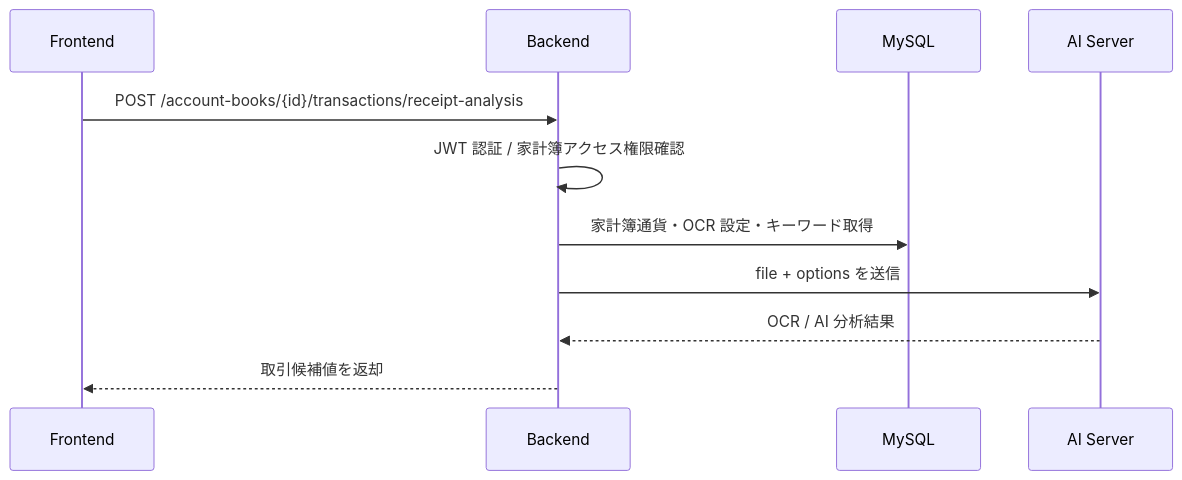
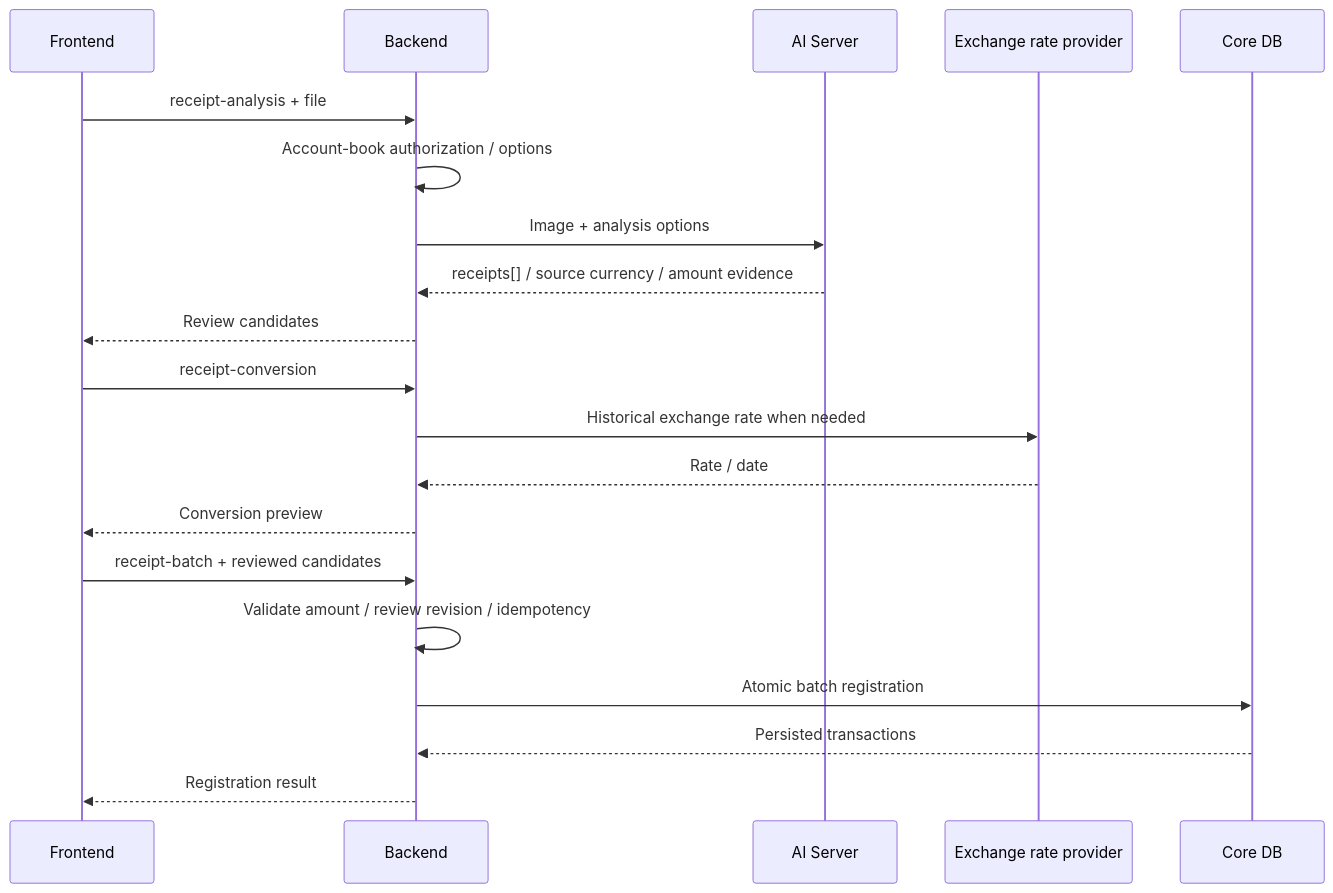
The fifth of 5 diagrams in README.md (krumichan/CatPjt-TranslaCat-be), drawn with Mermaid before and after one commit. The commit also changed other lines of this file, not shown here.

````diff
--- a/README.md
+++ b/README.md
@@ -175,14 +197,22 @@
 ```mermaid
 sequenceDiagram
     participant FE as Frontend
     participant BE as Backend
-    participant DB as MySQL
     participant AI as AI Server
-
-    FE->>BE: POST /account-books/{id}/transactions/receipt-analysis
-    BE->>BE: JWT 認証 / 家計簿アクセス権限確認
-    BE->>DB: 家計簿通貨・OCR 設定・キーワード取得
-    BE->>AI: file + options を送信
-    AI-->>BE: OCR / AI 分析結果
-    BE-->>FE: 取引候補値を返却
+    participant FX as Exchange rate provider
+    participant DB as Core DB
+    FE->>BE: receipt-analysis + file
+    BE->>BE: Account-book authorization / options
+    BE->>AI: Image + analysis options
+    AI-->>BE: receipts[] / source currency / amount evidence
+    BE-->>FE: Review candidates
+    FE->>BE: receipt-conversion
+    BE->>FX: Historical exchange rate when needed
+    FX-->>BE: Rate / date
+    BE-->>FE: Conversion preview
+    FE->>BE: receipt-batch + reviewed candidates
+    BE->>BE: Validate amount / review revision / idempotency
+    BE->>DB: Atomic batch registration
+    DB-->>BE: Persisted transactions
+    BE-->>FE: Registration result
 ```
````
